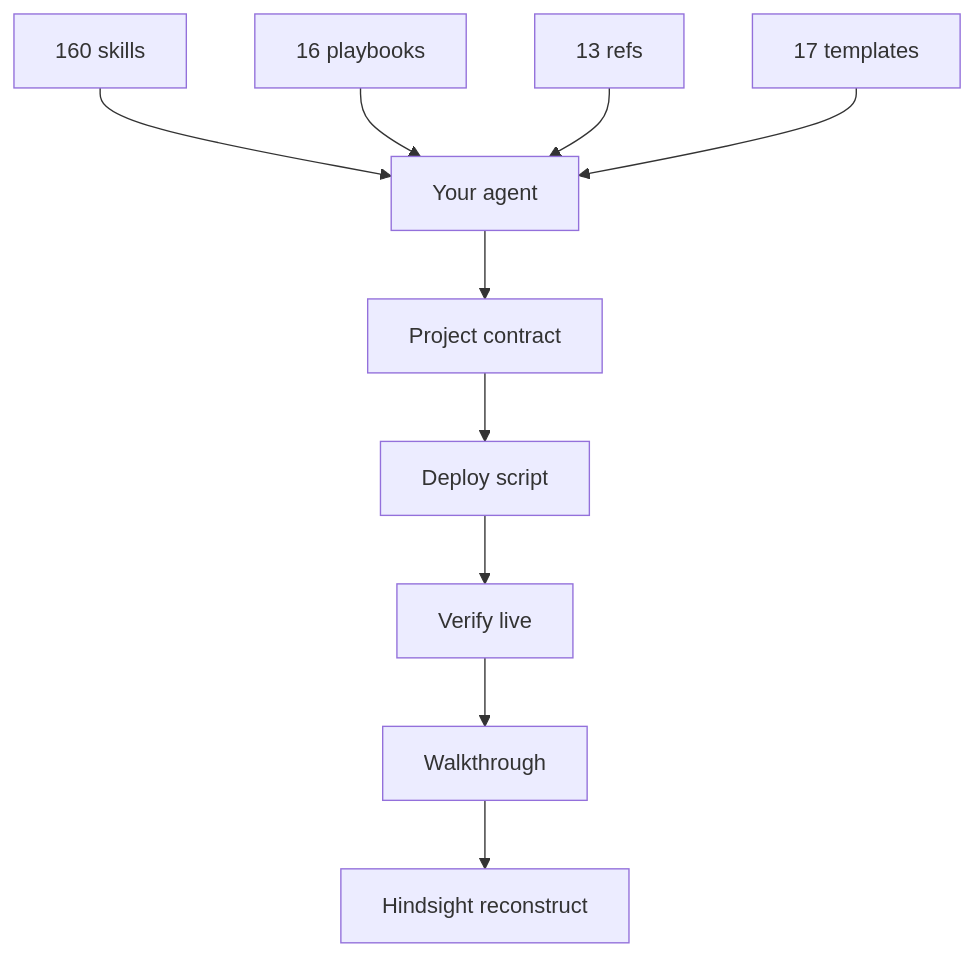
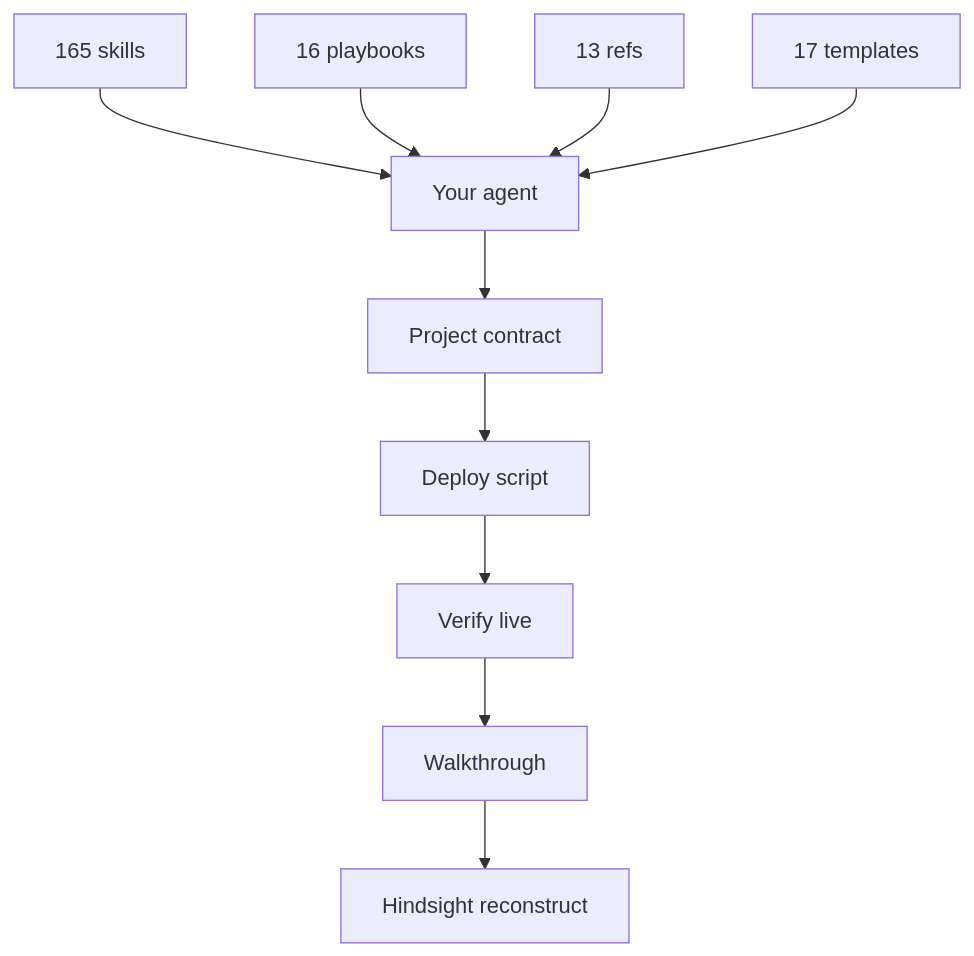
One commit to Nonarkara/dr-non-vibecoding-skills changed the third of 3 diagrams in README.md. Above: the diagram before and after it, drawn with Mermaid. The commit also changed other lines of this file and 9 other files, not shown here.

````diff
--- a/README.md
+++ b/README.md
@@ -441,12 +441,12 @@
 ```mermaid
 flowchart TB
-  S["160 skills"] --> A["Your agent"]
+  S["165 skills"] --> A["Your agent"]
   P["16 playbooks"] --> A
   R["13 refs"] --> A
   T["17 templates"] --> A
   A --> W["Project contract"]
   W --> D["Deploy script"]
   D --> V["Verify live"]
   V --> H["Walkthrough"]
   H --> L["Hindsight reconstruct"]
 ```
````
